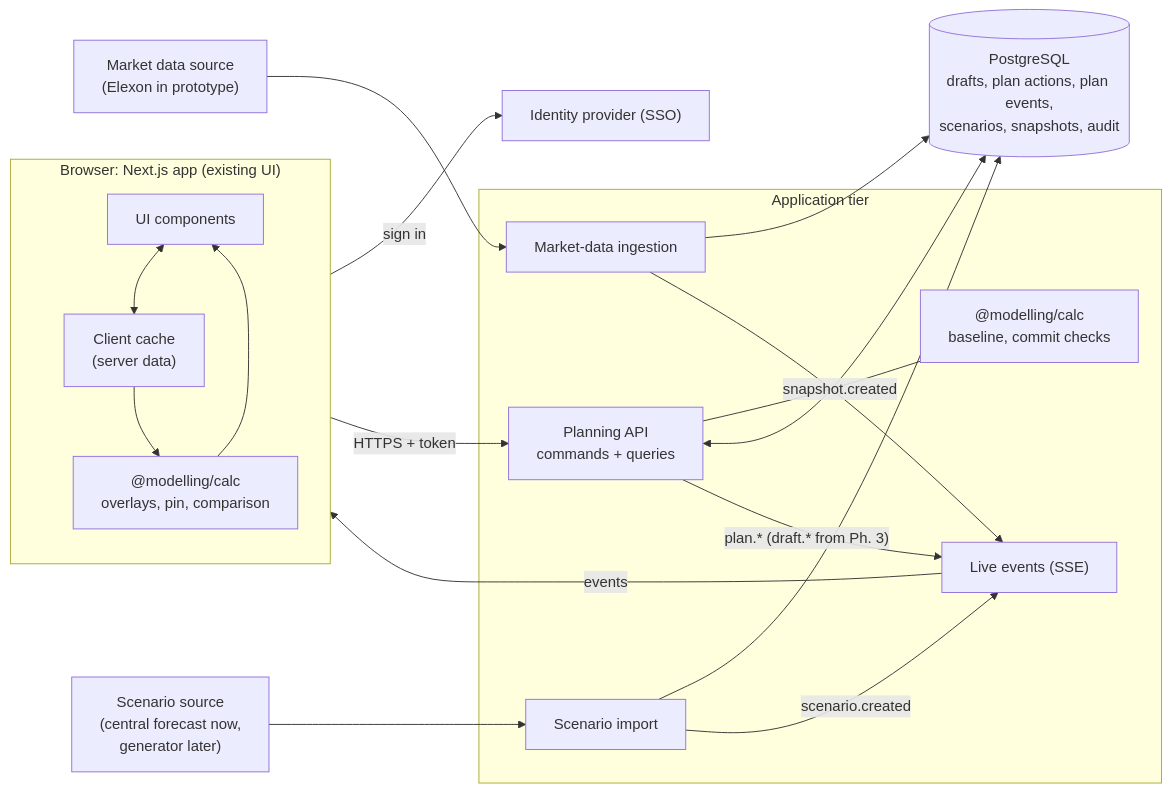
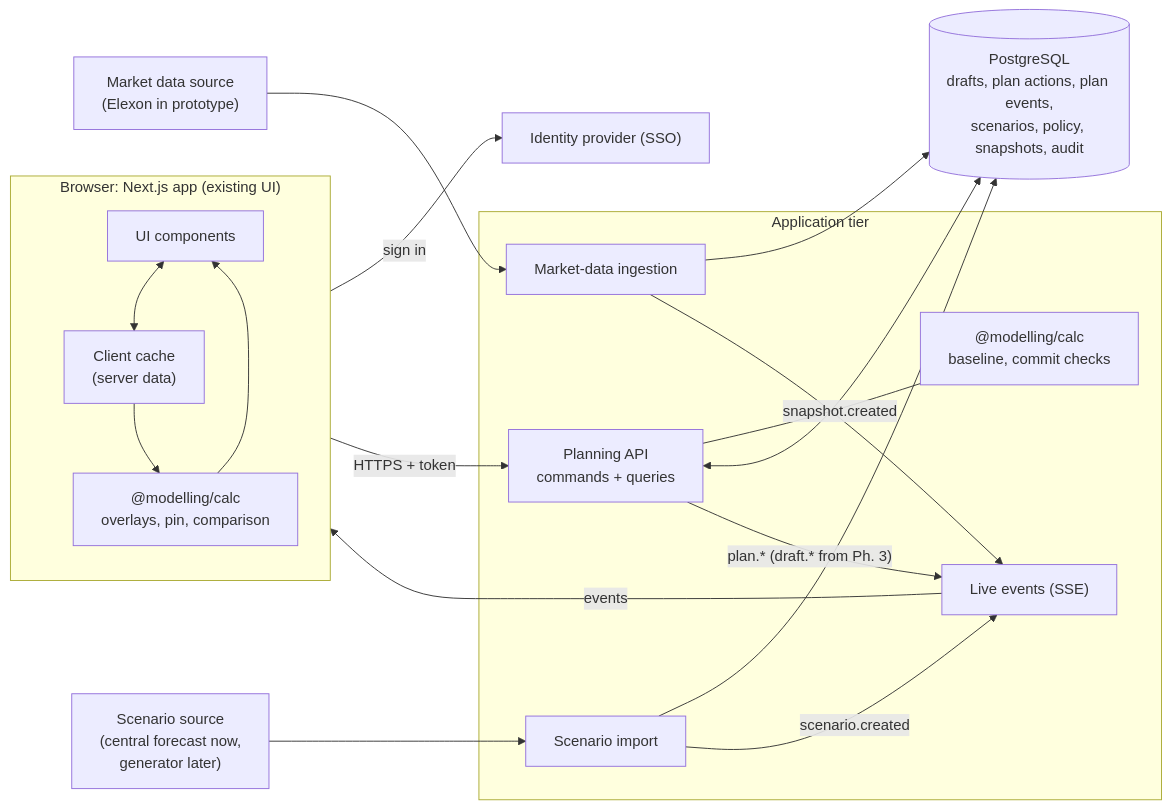
One commit to WeirdSailor/modeling-framework changed the third of 5 diagrams in Docs/drafts-architecture.md. Above: the diagram before and after it, drawn with Mermaid. The commit also changed other lines of this file and 1 other file, not shown here.

First line of the commit message:
docs: resolve sandbox/scenario conflicts C1–C11 in drafts architecture

````diff
--- a/Docs/drafts-architecture.md
+++ b/Docs/drafts-architecture.md
@@ -874,32 +896,32 @@
 ```mermaid
 flowchart LR
   subgraph Client["Browser: Next.js app (existing UI)"]
     UI["UI components"]
     Cache["Client cache<br/>(server data)"]
     Calc1["@modelling/calc<br/>overlays, pin, comparison"]
     UI <--> Cache --> Calc1 --> UI
   end
   IdP["Identity provider (SSO)"]
   subgraph Server["Application tier"]
     API["Planning API<br/>commands + queries"]
     RT["Live events (SSE)"]
     Calc2["@modelling/calc<br/>baseline, commit checks"]
     Ingest["Market-data ingestion"]
     ScIn["Scenario import"]
     API --- Calc2
   end
-  DB[("PostgreSQL<br/>drafts, plan actions, plan events,<br/>scenarios, snapshots, audit")]
+  DB[("PostgreSQL<br/>drafts, plan actions, plan events,<br/>scenarios, policy, snapshots, audit")]
   Feed["Market data source<br/>(Elexon in prototype)"]
   Gen["Scenario source<br/>(central forecast now,<br/>generator later)"]
   Client -- "sign in" --> IdP
   Client -- "HTTPS + token" --> API
   RT -- "events" --> Client
   API <--> DB
   Ingest --> DB
   ScIn --> DB
   Ingest -- "snapshot.created" --> RT
   ScIn -- "scenario.created" --> RT
   API -- "plan.* (draft.* from Ph. 3)" --> RT
   Feed --> Ingest
   Gen --> ScIn
 ```
````
